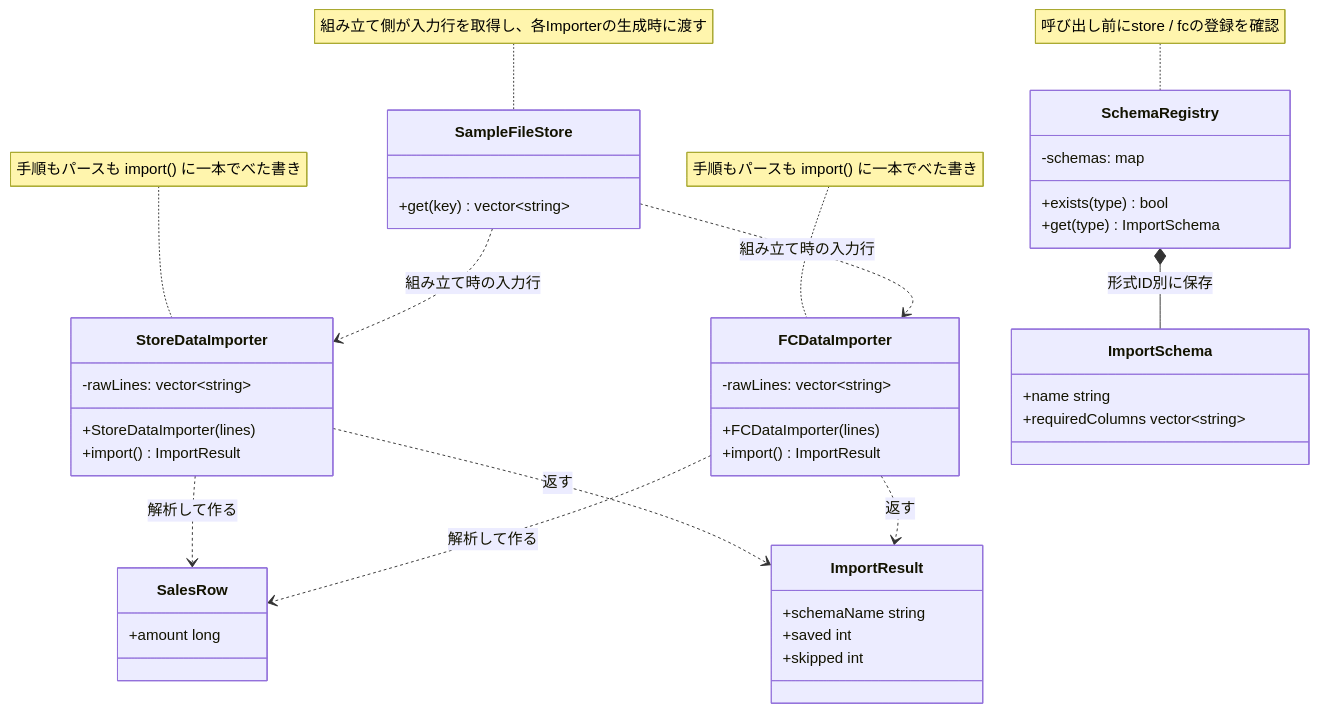
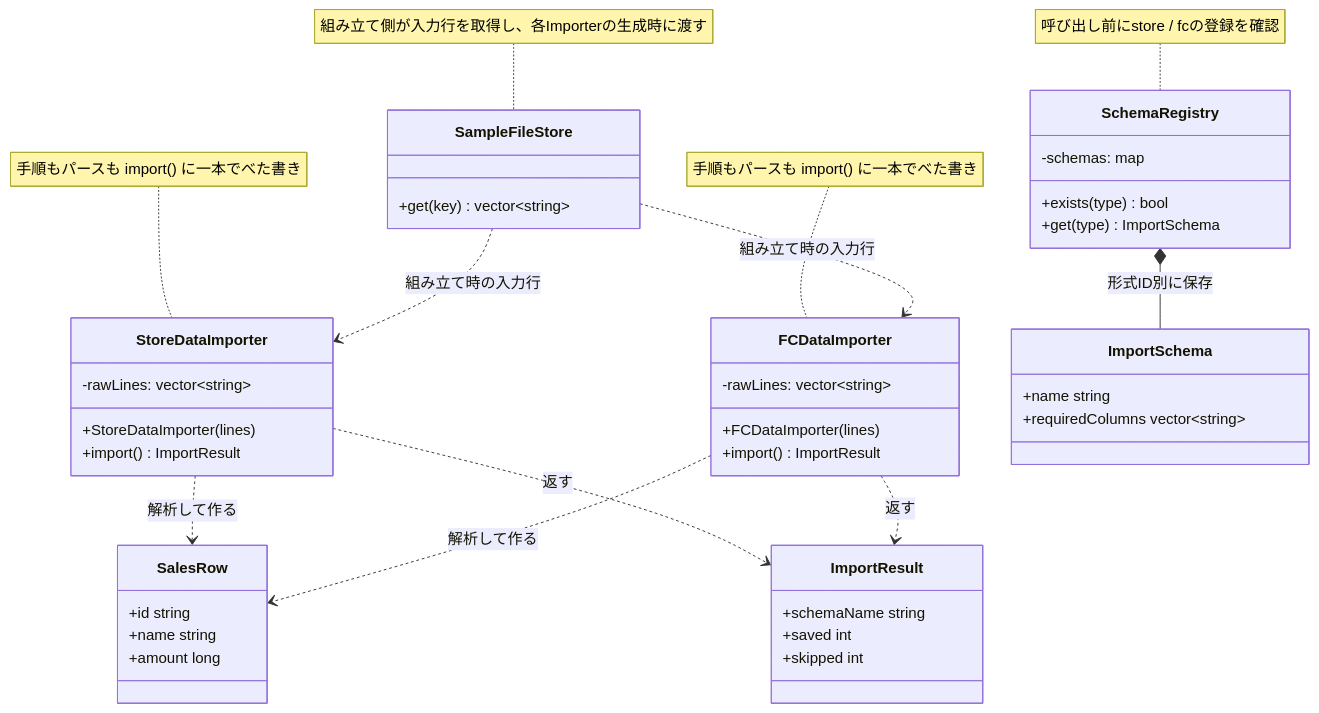
One commit to kumachan1101-pixel/DesignPattern changed the third of 15 diagrams in kindle/design-patterns/output/chapter04.md. Above: the diagram before and after it, drawn with Mermaid. The commit also changed other lines of this file and 1 other file, not shown here.

Commit message:
CONS ch3/ch4: Held状態表をコード(キャンセル可)に整合／SalesRow{id,name,amount}復活し保存で使用・入力仕様と整合・P1から保存媒体軸を分離

````diff
--- a/kindle/design-patterns/output/chapter04.md
+++ b/kindle/design-patterns/output/chapter04.md
@@ -210,45 +210,47 @@
 ```mermaid
 classDiagram
     class StoreDataImporter {
         -rawLines: vector~string~
         +StoreDataImporter(lines)
         +import() ImportResult
     }
     class FCDataImporter {
         -rawLines: vector~string~
         +FCDataImporter(lines)
         +import() ImportResult
     }
     class SchemaRegistry {
         -schemas: map
         +exists(type) bool
         +get(type) ImportSchema
     }
     class SampleFileStore {
         +get(key) vector~string~
     }
     class SalesRow {
+        +id string
+        +name string
         +amount long
     }
     class ImportResult {
         +schemaName string
         +saved int
         +skipped int
     }
     class ImportSchema {
         +name string
         +requiredColumns vector~string~
     }
     StoreDataImporter ..> SalesRow : 解析して作る
     FCDataImporter ..> SalesRow : 解析して作る
     StoreDataImporter ..> ImportResult : 返す
     FCDataImporter ..> ImportResult : 返す
     SchemaRegistry *-- ImportSchema : 形式ID別に保存
     SampleFileStore ..> StoreDataImporter : 組み立て時の入力行
     SampleFileStore ..> FCDataImporter : 組み立て時の入力行
     note for StoreDataImporter "手順もパースも import() に一本でべた書き"
     note for FCDataImporter "手順もパースも import() に一本でべた書き"
     note for SchemaRegistry "呼び出し前にstore / fcの登録を確認"
     note for SampleFileStore "組み立て側が入力行を取得し、各Importerの生成時に渡す"
 
 ```
````
